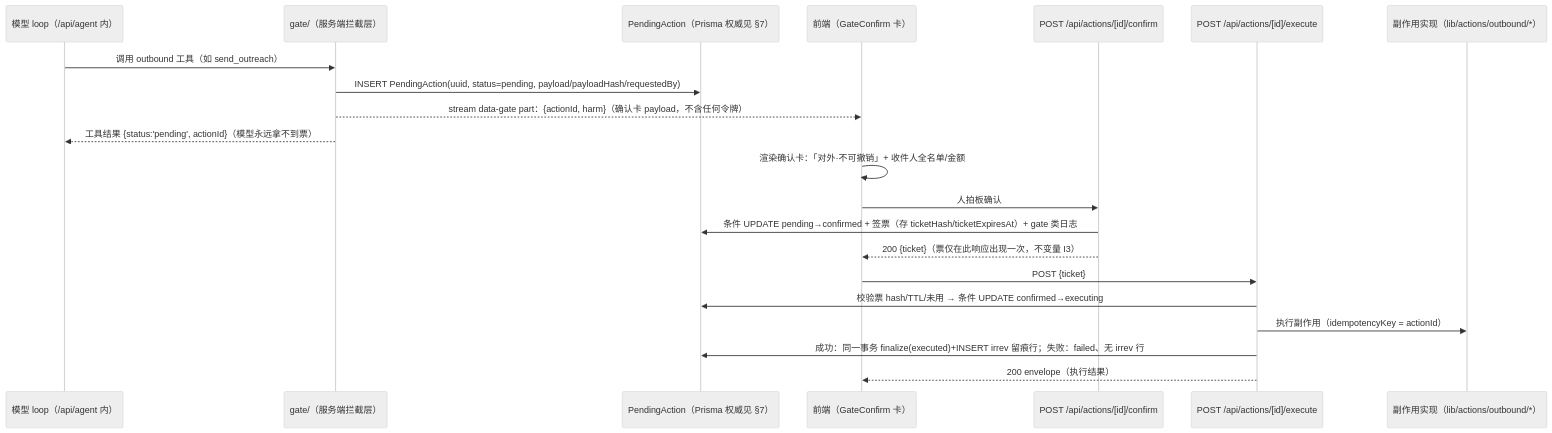
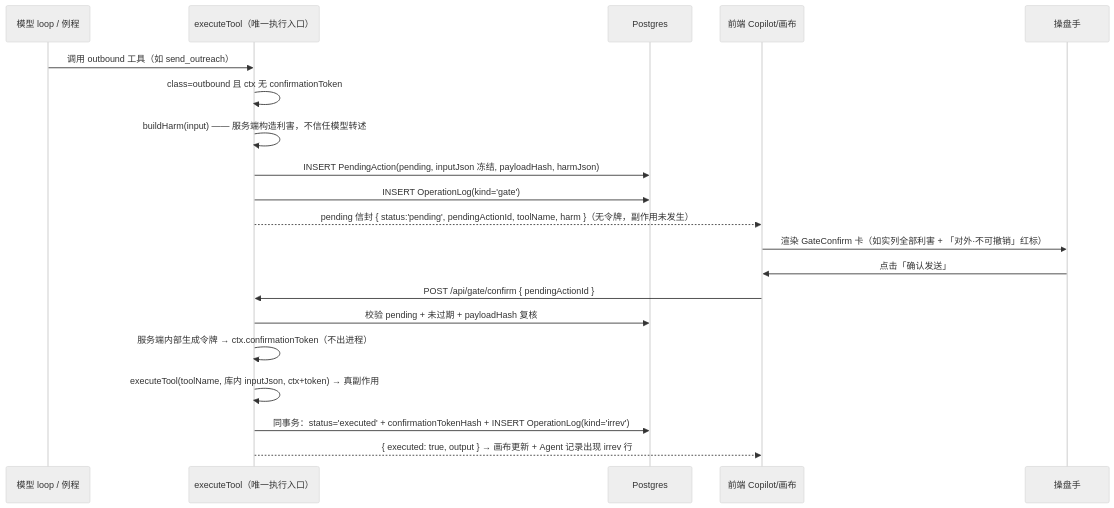
Before and after one commit to tripplemay/newkolmatrix: the fifth of 6 diagrams in docs/dev/architecture.md, drawn with Mermaid (neutral theme). The commit also changed other lines of this file and 2 other files, not shown here.

````diff
--- a/docs/dev/architecture.md
+++ b/docs/dev/architecture.md
@@ -2560,24 +1287,23 @@
 ```mermaid
 sequenceDiagram
-    participant M as 模型 loop（/api/agent 内）
-    participant G as gate/（服务端拦截层）
-    participant PA as PendingAction（Prisma 权威见 §7）
-    participant UI as 前端（GateConfirm 卡）
-    participant C as POST /api/actions/[id]/confirm
-    participant E as POST /api/actions/[id]/execute
-    participant X as 副作用实现（lib/actions/outbound/*）
+    participant M as 模型 loop / 例程
+    participant EX as executeTool（唯一执行入口）
+    participant DB as Postgres
+    participant FE as 前端 Copilot/画布
+    participant H as 操盘手
 
-    M->>G: 调用 outbound 工具（如 send_outreach）
-    G->>PA: INSERT PendingAction(uuid, status=pending, payload/payloadHash/requestedBy)
-    G-->>UI: stream data-gate part：{actionId, harm}（确认卡 payload，不含任何令牌）
-    G-->>M: 工具结果 {status:'pending', actionId}（模型永远拿不到票）
-    UI->>UI: 渲染确认卡：「对外·不可撤销」+ 收件人全名单/金额
-    UI->>C: 人拍板确认
-    C->>PA: 条件 UPDATE pending→confirmed + 签票（存 ticketHash/ticketExpiresAt）+ gate 类日志
-    C-->>UI: 200 {ticket}（票仅在此响应出现一次，不变量 I3）
-    UI->>E: POST {ticket}
-    E->>PA: 校验票 hash/TTL/未用 → 条件 UPDATE confirmed→executing
-    E->>X: 执行副作用（idempotencyKey = actionId）
-    E->>PA: 成功：同一事务 finalize(executed)+INSERT irrev 留痕行；失败：failed、无 irrev 行
-    E-->>UI: 200 envelope（执行结果）
+    M->>EX: 调用 outbound 工具（如 send_outreach）
+    EX->>EX: class=outbound 且 ctx 无 confirmationToken
+    EX->>EX: buildHarm(input) —— 服务端构造利害，不信任模型转述
+    EX->>DB: INSERT PendingAction(pending, inputJson 冻结, payloadHash, harmJson)
+    EX->>DB: INSERT OperationLog(kind='gate')
+    EX-->>FE: pending 信封 { status:'pending', pendingActionId, toolName, harm }（无令牌，副作用未发生）
+    FE->>H: 渲染 GateConfirm 卡（如实列全部利害 + 「对外·不可撤销」红标）
+    H->>FE: 点击「确认发送」
+    FE->>EX: POST /api/gate/confirm { pendingActionId }
+    EX->>DB: 校验 pending + 未过期 + payloadHash 复核
+    EX->>EX: 服务端内部生成令牌 → ctx.confirmationToken（不出进程）
+    EX->>EX: executeTool(toolName, 库内 inputJson, ctx+token) → 真副作用
+    EX->>DB: 同事务：status='executed' + confirmationTokenHash + INSERT OperationLog(kind='irrev')
+    EX-->>FE: { executed: true, output } → 画布更新 + Agent 记录出现 irrev 行
 ```
````
